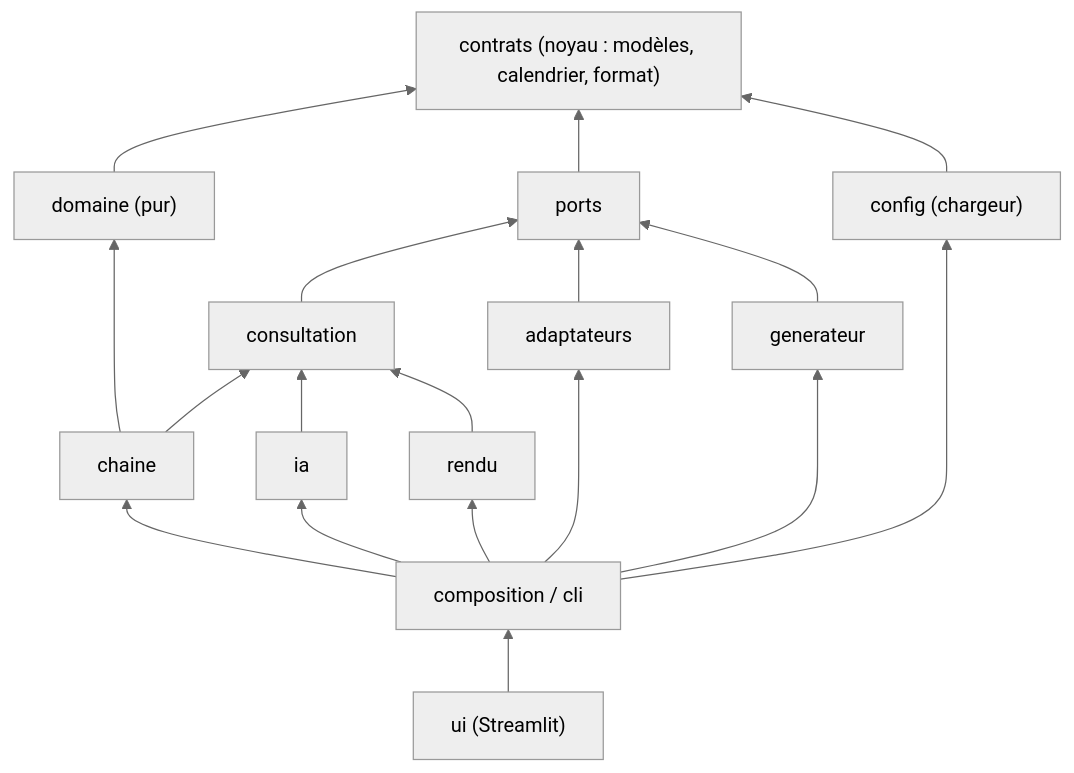
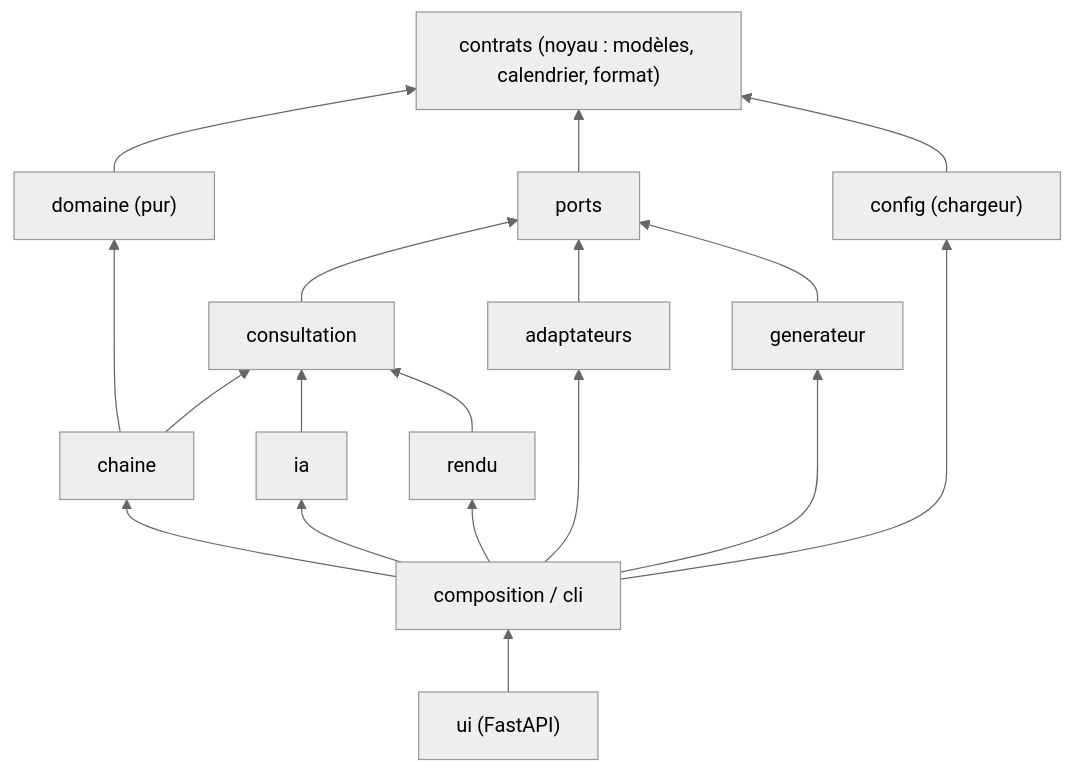
Before and after one commit to Aliquanto3/usine-migration-jira-demo: the first of 5 diagrams in _bmad-output/planning-artifacts/architecture/architecture-usine-migration-jira-demo-2026-10-10/ARCHITECTURE-SPINE.md, drawn with Mermaid (neutral theme). The commit also changed other lines of this file and 5 other files, not shown here.

Commit message:
Docs: correct course UI FastAPI + HTML statique (SCP 2026-10-17, AD-25, stories 7.13 à 7.17)

````diff
--- a/_bmad-output/planning-artifacts/architecture/architecture-usine-migration-jira-demo-2026-10-10/ARCHITECTURE-SPINE.md
+++ b/_bmad-output/planning-artifacts/architecture/architecture-usine-migration-jira-demo-2026-10-10/ARCHITECTURE-SPINE.md
@@ -55,15 +55,15 @@
 ```mermaid
 flowchart BT
   contrats["contrats (noyau : modèles, calendrier, format)"]
   ports["ports"] --> contrats
   domaine["domaine (pur)"] --> contrats
   consultation["consultation"] --> ports
   chaine["chaine"] --> domaine & consultation
   ia["ia"] --> consultation
   rendu["rendu"] --> consultation
   adaptateurs["adaptateurs"] --> ports
   generateur["generateur"] --> ports
   config["config (chargeur)"] --> contrats
   composition["composition / cli"] --> chaine & ia & rendu & adaptateurs & generateur & config
-  ui["ui (Streamlit)"] --> composition
+  ui["ui (FastAPI)"] --> composition
 ```
````
